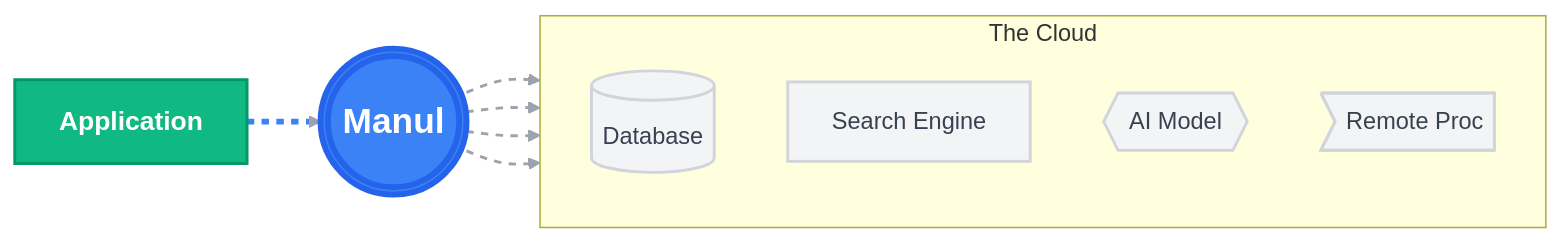
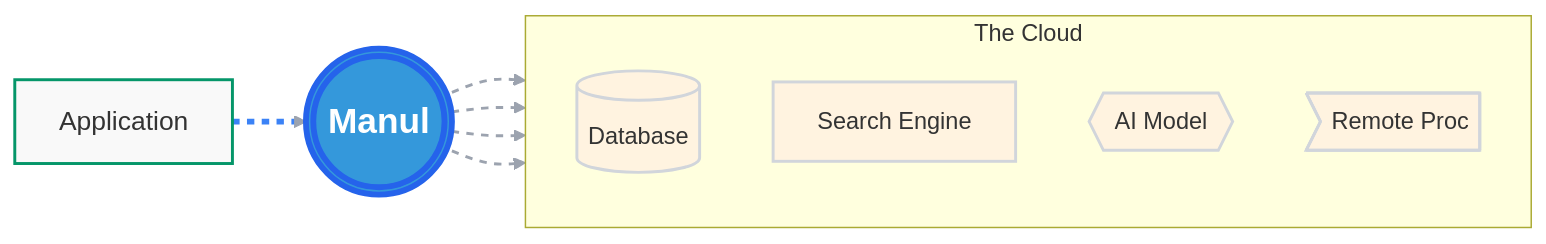
The first of 4 diagrams in slides.md (wizardleeen/manul-slides), drawn with Mermaid before and after one commit. The commit also changed other lines of this file, not shown here.

Commit message:
chore: optimize diagrams

````diff
--- a/slides.md
+++ b/slides.md
@@ -128,38 +128,38 @@
 ```mermaid
 graph LR
     %% 1. Orientation changed to LR (Left to Right) to fit 16:9 slides
     
     app[Application]
     manul(((Manul)))
 
     %% Grouping the infrastructure makes the diagram cleaner
     subgraph Cloud [The Cloud]
         direction TB
         db[(Database)]
         search[Search Engine]
         ai{{AI Model}}
         rpc>Remote Proc]
     end
 
     %% Connections
     app ==> manul
     manul -.-> db
     manul -.-> search
     manul -.-> ai
     manul -.-> rpc
 
     %% 2. Optimized Styling
     %% Increased font-size here so you don't need 'scale-200'
-    classDef main fill:#3b82f6,stroke:#2563eb,stroke-width:4px,color:#fff,font-weight:bold,font-size:24px
-    classDef user fill:#10b981,stroke:#059669,stroke-width:2px,color:#fff,font-size:18px,font-weight:bold
-    classDef infra fill:#f3f4f6,stroke:#d1d5db,stroke-width:2px,color:#374151,font-size:16px
+    classDef main fill:#3498db,stroke:#2563eb,stroke-width:4px,color:#fff,font-weight:bold,font-size:24px
+    classDef user fill:#f9f9f9,stroke:#059669,stroke-width:2px,color:#333,font-size:18px
+    classDef infra fill:#fff3e0,stroke:#d1d5db,stroke-width:2px,color:#333,font-size:16px
 
     %% Assign Classes
     class manul main
     class app user
     class db,search,ai,rpc infra
 
     %% Link Styling
     linkStyle 0 stroke:#3b82f6,stroke-width:4px
     linkStyle default stroke:#9ca3af,stroke-width:2px,stroke-dasharray: 5 5
 ```
````
